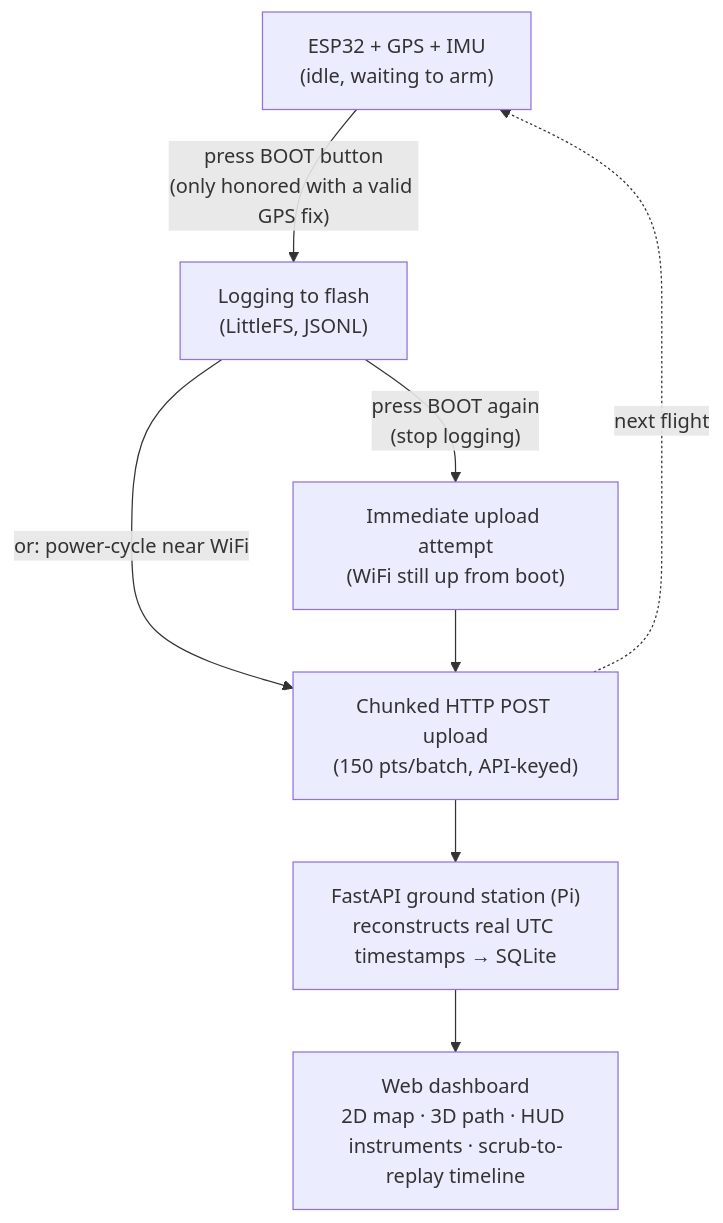
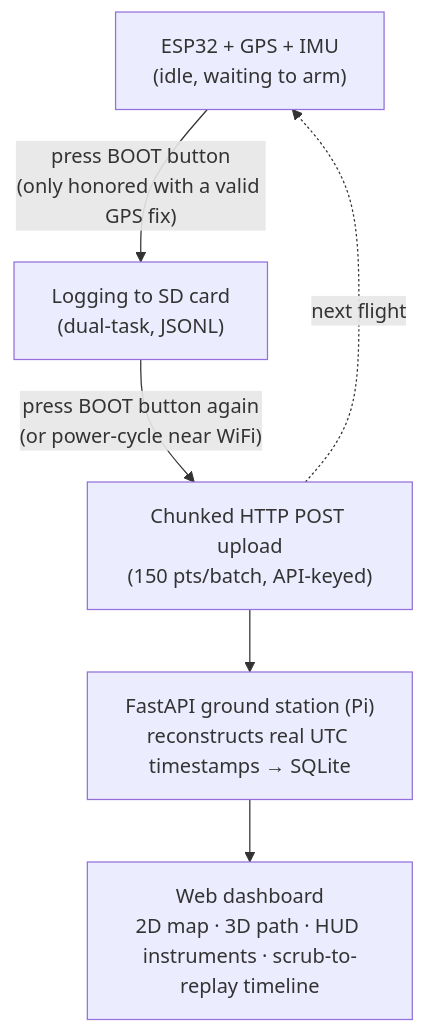
The diagram in README.md (BenHoldcraft542/Drone-Flight-Logger), drawn with Mermaid before and after one commit. The commit also changed other lines of this file and 1 other file, not shown here.

````diff
--- a/README.md
+++ b/README.md
@@ -32,10 +32,8 @@
 ```mermaid
 flowchart TD
-    A["ESP32 + GPS + IMU<br/>(idle, waiting to arm)"] -->|"press BOOT button<br/>(only honored with a valid GPS fix)"| B["Logging to flash<br/>(LittleFS, JSONL)"]
-    B -->|"press BOOT again<br/>(stop logging)"| B2["Immediate upload attempt<br/>(WiFi still up from boot)"]
-    B -->|"or: power-cycle near WiFi"| C["Chunked HTTP POST upload<br/>(150 pts/batch, API-keyed)"]
-    B2 --> C
+    A["ESP32 + GPS + IMU<br/>(idle, waiting to arm)"] -->|"press BOOT button<br/>(only honored with a valid GPS fix)"| B["Logging to SD card<br/>(dual-task, JSONL)"]
+    B -->|"press BOOT button again<br/>(or power-cycle near WiFi)"| C["Chunked HTTP POST upload<br/>(150 pts/batch, API-keyed)"]
     C --> D["FastAPI ground station (Pi)<br/>reconstructs real UTC timestamps → SQLite"]
     D --> E["Web dashboard<br/>2D map · 3D path · HUD instruments · scrub-to-replay timeline"]
     C -.->|"next flight"| A
 ```
````
